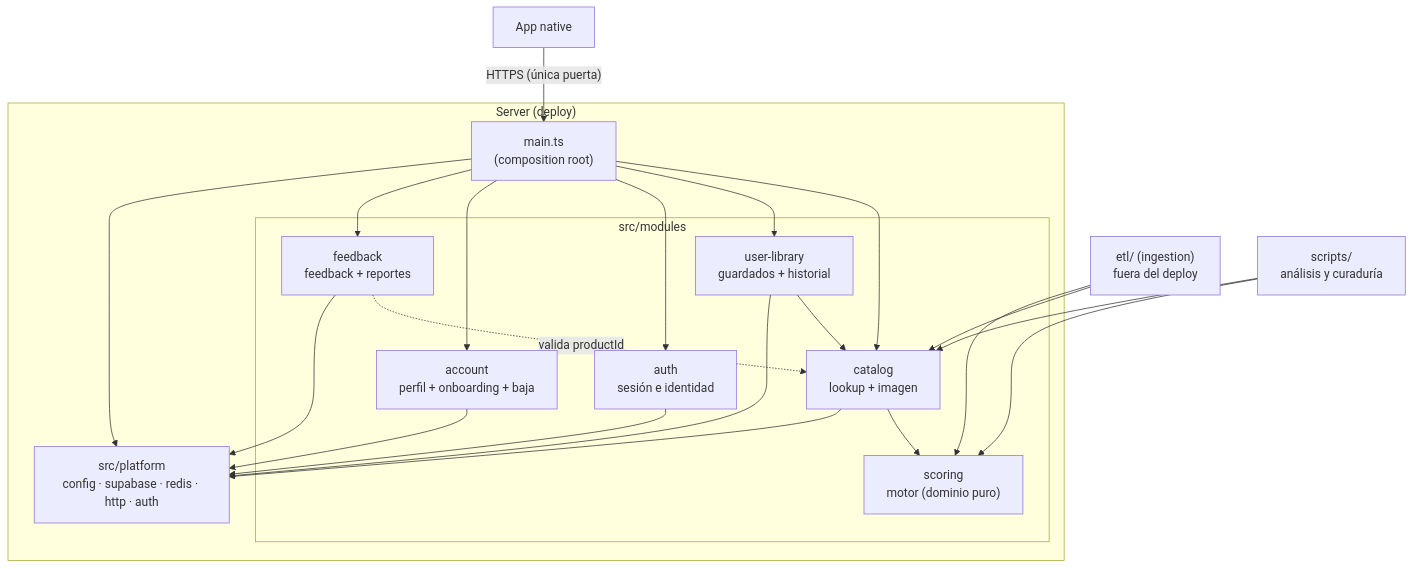
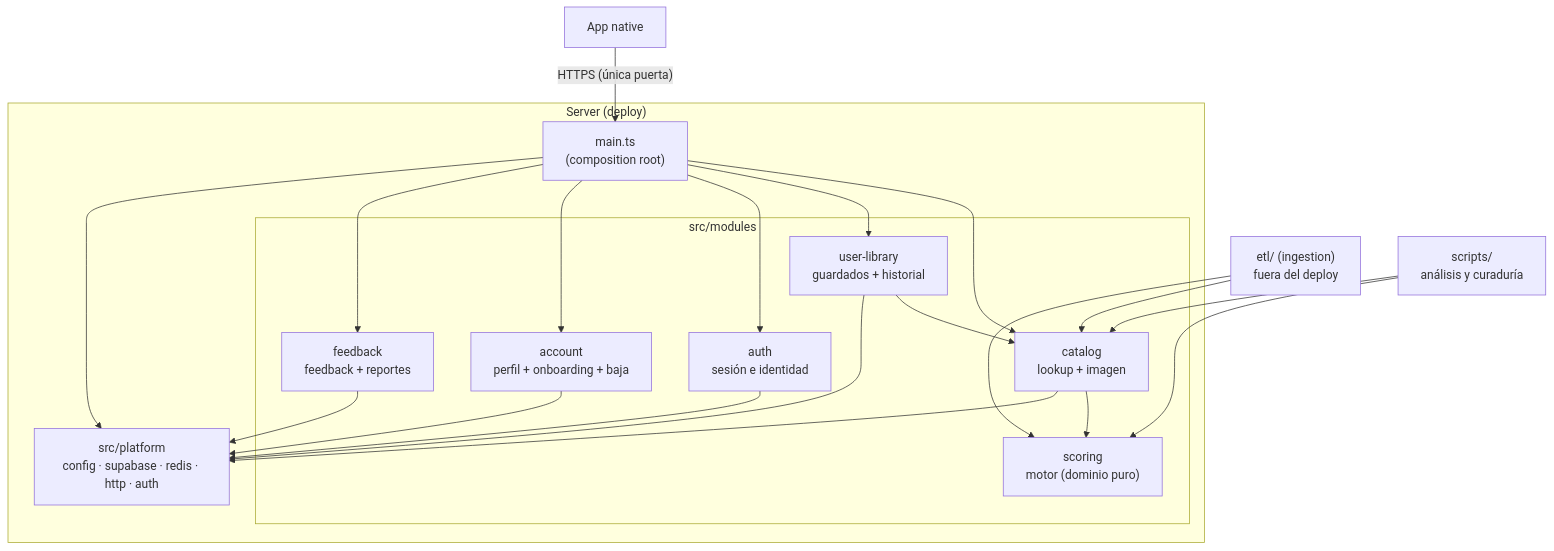
Before and after one commit to jereSava1/fitogenix-server: the first of 3 diagrams in docs/02-arquitectura.md, drawn with Mermaid. The commit also changed other lines of this file and 19 other files, not shown here.

````diff
--- a/docs/02-arquitectura.md
+++ b/docs/02-arquitectura.md
@@ -36,27 +36,26 @@
 ```mermaid
 flowchart TB
   subgraph runtime["Server (deploy)"]
     main["main.ts<br/>(composition root)"]
     subgraph modules["src/modules"]
       catalog["catalog<br/>lookup + imagen"]
       library["user-library<br/>guardados + historial"]
       auth["auth<br/>sesión e identidad"]
       account["account<br/>perfil + onboarding + baja"]
       feedback["feedback<br/>feedback + reportes"]
       scoring["scoring<br/>motor (dominio puro)"]
     end
     platform["src/platform<br/>config · supabase · redis · http · auth"]
   end
   app["App native"]
   etl["etl/ (ingestion)<br/>fuera del deploy"]
   scripts["scripts/<br/>análisis y curaduría"]
 
   app -- "HTTPS (única puerta)" --> main
   main --> catalog & library & auth & account & feedback & platform
   catalog --> scoring
   library --> catalog
-  feedback -. "valida productId" .-> catalog
   catalog & library & auth & account & feedback --> platform
   etl --> catalog & scoring
   scripts --> scoring & catalog
 ```
````
